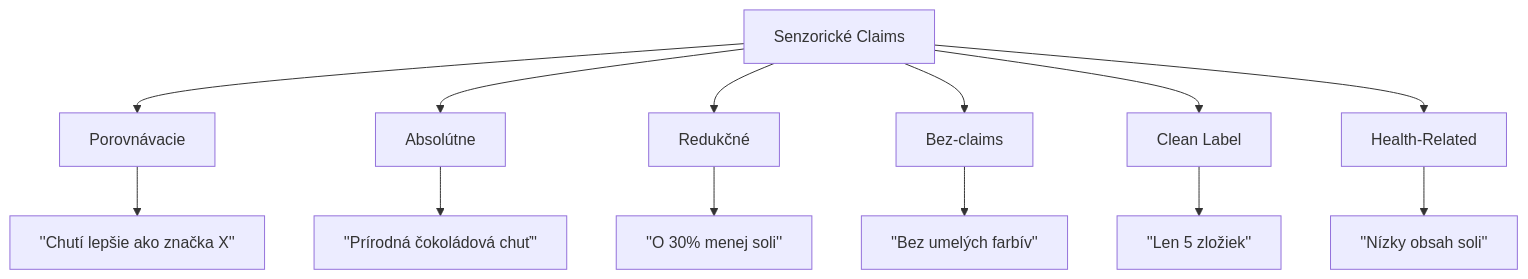
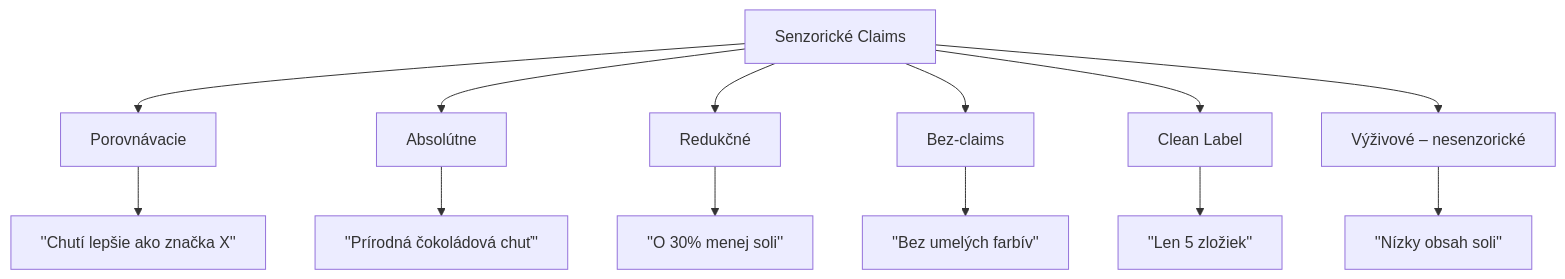
Before and after one commit to senzorika/SAP: the first of 3 diagrams in prezentacie/claims.qmd, drawn with Mermaid. The commit also changed other lines of this file and 36 other files, not shown here.

````diff
--- a/prezentacie/claims.qmd
+++ b/prezentacie/claims.qmd
@@ -60,16 +60,16 @@
 ```mermaid
 graph TD
     A[Senzorické Claims] --> B[Porovnávacie]
     A --> C[Absolútne]
     A --> D[Redukčné]
     A --> E[Bez-claims]
     A --> F[Clean Label]
-    A --> G[Health-Related]
+    A --> G[Výživové – nesenzorické]
     
     B --> B1[''Chutí lepšie ako značka X'']
     C --> C1[''Prírodná čokoládová chuť'']
     D --> D1[''O 30% menej soli'']
     E --> E1[''Bez umelých farbív'']
     F --> F1[''Len 5 zložiek'']
     G --> G1[''Nízky obsah soli'']
 ```
````
